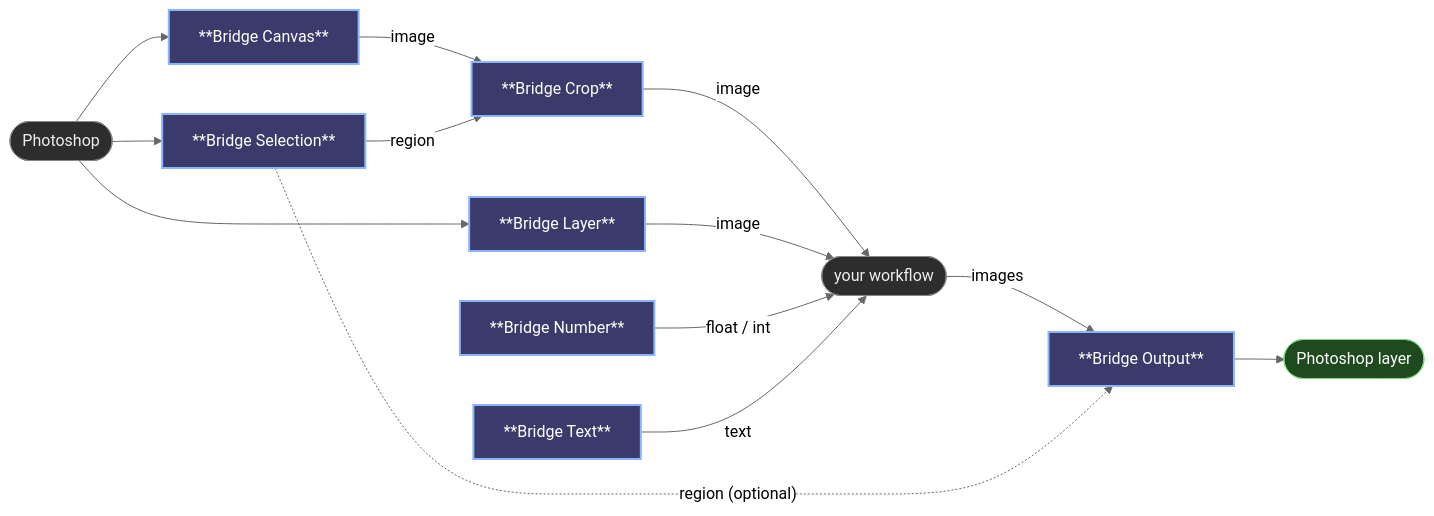
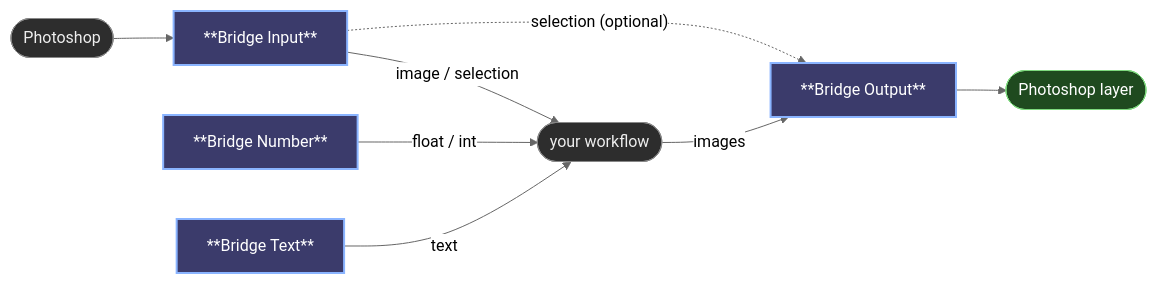
The diagram in docs/nodes.md (Nekodificador/ComfyUI-NKD-Bridge), drawn with Mermaid (neutral theme) before and after one commit. The commit also changed other lines of this file and 14 other files, not shown here.

````diff
--- a/docs/nodes.md
+++ b/docs/nodes.md
@@ -7,26 +7,20 @@
 ```mermaid
 flowchart LR
   ps(["Photoshop"]):::input
-  canvas["**Bridge Canvas**"]:::nkd
-  layer["**Bridge Layer**"]:::nkd
-  sel["**Bridge Selection**"]:::nkd
-  crop["**Bridge Crop**"]:::nkd
+  inp["**Bridge Input**"]:::nkd
   num["**Bridge Number**"]:::nkd
   txt["**Bridge Text**"]:::nkd
   wf(["your workflow"]):::external
   out["**Bridge Output**"]:::nkd
-  ps --> canvas & layer & sel
-  canvas -- image --> crop
-  sel -- region --> crop
-  crop -- image --> wf
-  layer -- image --> wf
+  ps --> inp
+  inp -- image / selection --> wf
   num -- float / int --> wf
   txt -- text --> wf
   wf -- images --> out
-  sel -. "region (optional)" .-> out
+  inp -. "selection (optional)" .-> out
   out --> back(["Photoshop layer"]):::output
   classDef nkd fill:#3b3b6b,stroke:#8ab4ff,stroke-width:2px,color:#fff
   classDef input fill:#2d2d2d,stroke:#888,color:#eee
   classDef output fill:#1f4a1f,stroke:#7fd97f,color:#fff
   classDef external fill:#2d2d2d,stroke:#888,color:#eee
 ```
````
